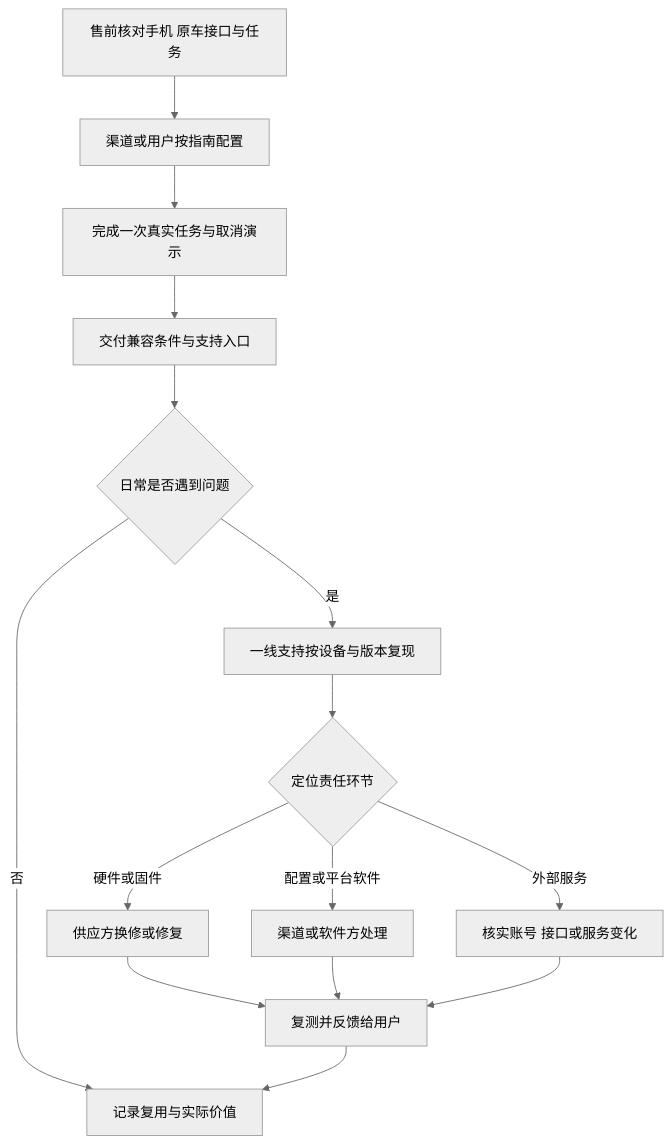
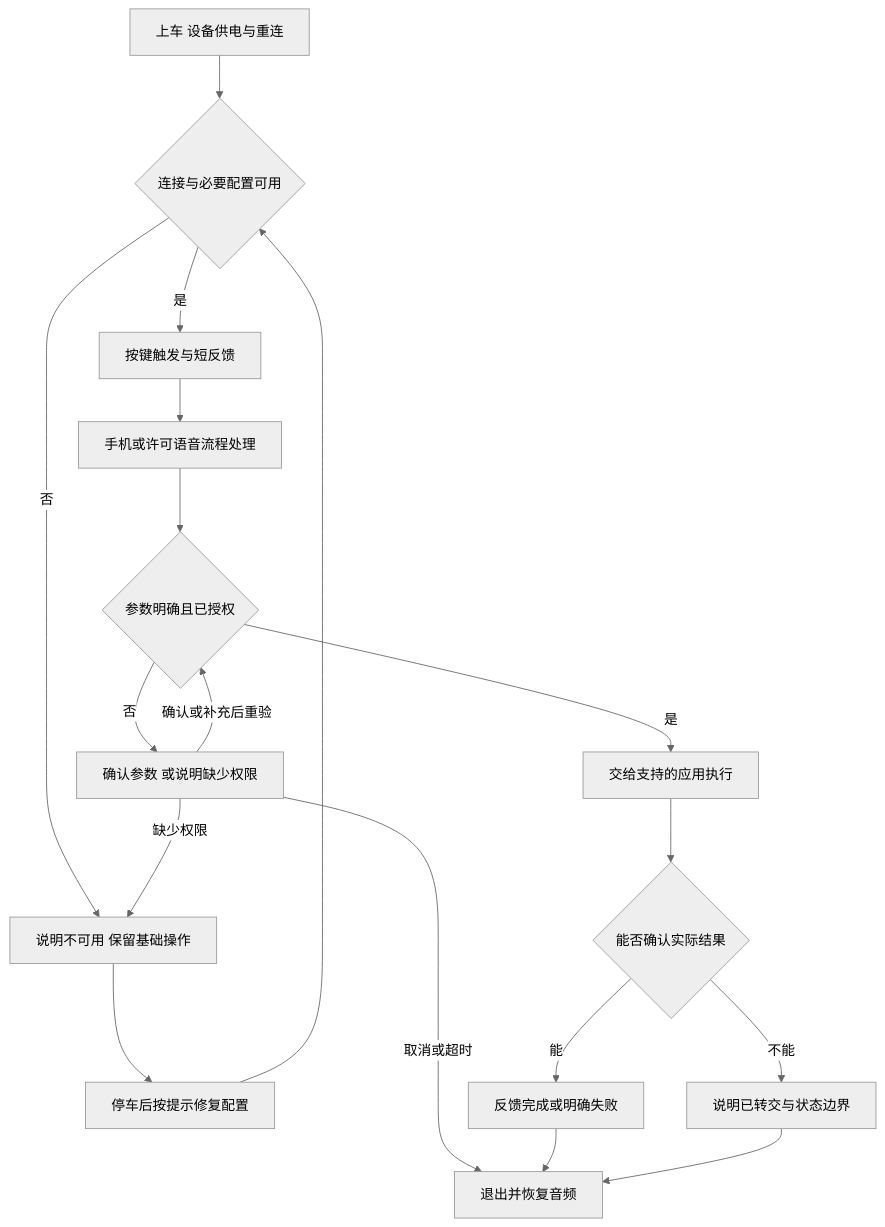
The diagram in dist/diagrams/fig-08.mmd (DreamSoul-AI/in-vehicle-ai-research), drawn with Mermaid (neutral theme) before and after one commit. The commit also changed 45 other files, not shown here.

```diff
--- a/dist/diagrams/fig-08.mmd
+++ b/dist/diagrams/fig-08.mmd
@@ -1,16 +1,19 @@
-%% title: 配置、交付与支持责任链
+%% title: 从上车到任务结果的完整闭环
 flowchart TD
-  A[售前核对手机 原车接口与任务] --> B[渠道或用户按指南配置]
-  B --> C[完成一次真实任务与取消演示]
-  C --> D[交付兼容条件与支持入口]
-  D --> E{日常是否遇到问题}
-  E -->|否| F[记录复用与实际价值]
-  E -->|是| G[一线支持按设备与版本复现]
-  G --> H{定位责任环节}
-  H -->|硬件或固件| I[供应方换修或修复]
-  H -->|配置或平台软件| J[渠道或软件方处理]
-  H -->|外部服务| K[核实账号 接口或服务变化]
-  I --> L[复测并反馈给用户]
-  J --> L
-  K --> L
-  L --> F
+  A[上车 设备供电与重连] --> B{连接与必要配置可用}
+  B -->|否| X[说明不可用 保留基础操作]
+  X --> Y[停车后按提示修复配置]
+  Y --> B
+  B -->|是| C[按键触发与短反馈]
+  C --> D[手机或许可语音流程处理]
+  D --> E{参数明确且已授权}
+  E -->|否| F[确认参数 或说明缺少权限]
+  F -->|确认或补充后重验| E
+  F -->|缺少权限| X
+  F -->|取消或超时| Z[退出并恢复音频]
+  E -->|是| G[交给支持的应用执行]
+  G --> H{能否确认实际结果}
+  H -->|能| I[反馈完成或明确失败]
+  H -->|不能| J[说明已转交与状态边界]
+  I --> Z
+  J --> Z
```
